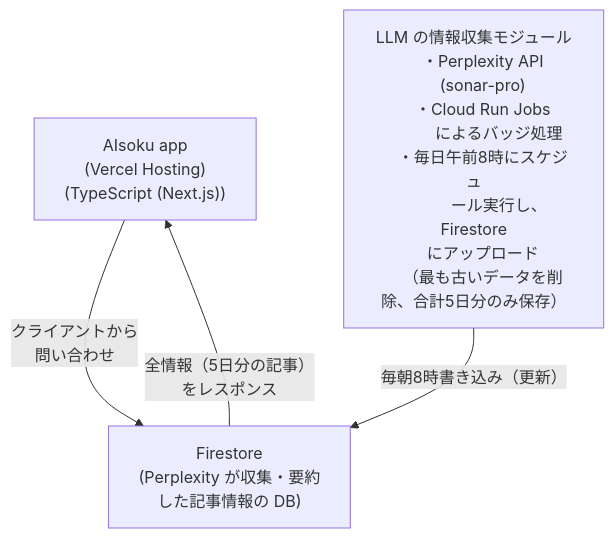
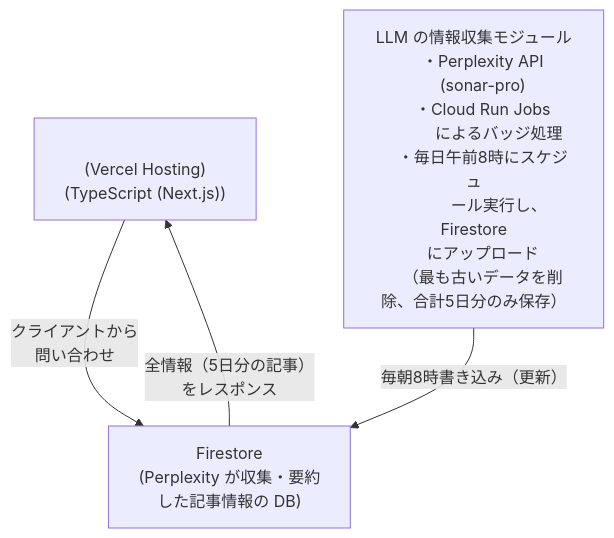
The diagram in README.md (hakuhami/AIsoku), drawn with Mermaid before and after one commit. The commit also changed 4 other files, not shown here.

````diff
--- a/README.md
+++ b/README.md
@@ -12,26 +12,26 @@
 ```mermaid
 flowchart TD
-    A["AIsoku app
+    A["<AIsoku app>
     (Vercel Hosting)
     (TypeScript (Next.js))"]
     
     B["Firestore
     (Perplexity が収集・要約
     した記事情報の DB)"]
 
     C["LLM の情報収集モジュール
     ・Perplexity API
     (sonar-pro)
     ・Cloud Run Jobs
     　　によるバッジ処理
     ・毎日午前8時にスケジュ
     　　ール実行し、Firestore
     にアップロード
     （最も古いデータを削除、合計5日分のみ保存）"]
 
     A -->|"クライアントから
     問い合わせ"| B
     C -->|"毎朝8時書き込み（更新）"| B
     B -->|"全情報（5日分の記事）
     をレスポンス"|A
 ```
````
